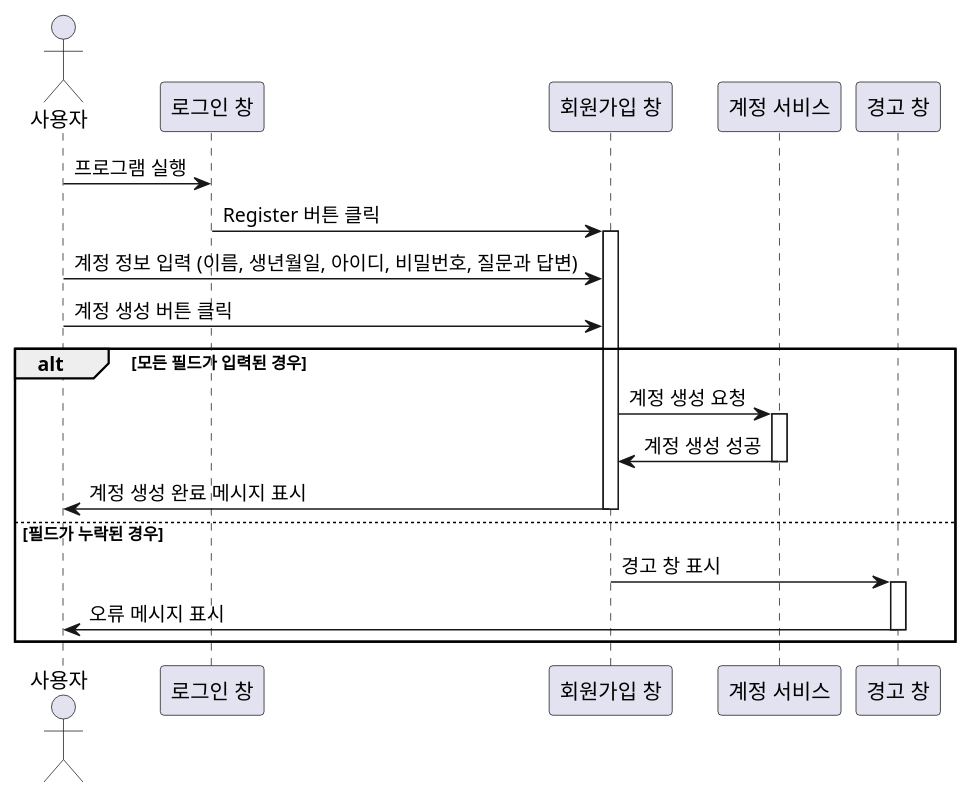
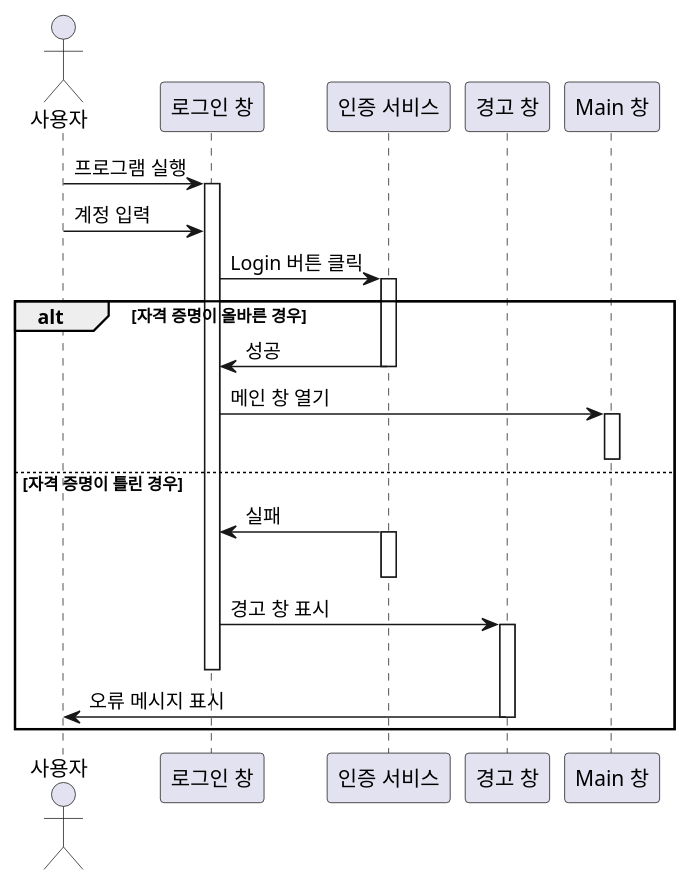
Before and after one commit to NoImpMe/OpenSW: the diagram in Diagram/Login.puml, drawn with PlantUML. The commit also changed 9 other files, not shown here.

```diff
--- a/Diagram/Login.puml
+++ b/Diagram/Login.puml
@@ -1,32 +1,35 @@
 @startuml
 
 actor 사용자
 
 participant "로그인 창" as Login
-participant "회원가입 창" as Register
-participant "계정 서비스" as AccountService
+participant "인증 서비스" as Auth
 participant "경고 창" as Warning
-
+participant "Main 창" as Main
 
 사용자 -> Login : 프로그램 실행
-Login -> Register : Register 버튼 클릭
-activate Register
+activate Login
 
-사용자 -> Register : 계정 정보 입력 (이름, 생년월일, 아이디, 비밀번호, 질문과 답변)
-사용자 -> Register : 계정 생성 버튼 클릭
+사용자 -> Login : 계정 입력
+Login -> Auth : Login 버튼 클릭
+activate Auth
 
-alt 모든 필드가 입력된 경우
-    Register -> AccountService : 계정 생성 요청
-    activate AccountService
-    AccountService -> Register : 계정 생성 성공
-    deactivate AccountService
-    Register -> 사용자 : 계정 생성 완료 메시지 표시
-    deactivate Register
-else 필드가 누락된 경우
-    Register -> Warning : 경고 창 표시
+alt 자격 증명이 올바른 경우
+    Auth -> Login : 성공
+    deactivate Auth
+    Login -> Main : 메인 창 열기
+    activate Main
+    deactivate Main
+else 자격 증명이 틀린 경우
+    Auth -> Login : 실패
+    activate Auth
+    deactivate Auth
+    Login -> Warning : 경고 창 표시
     activate Warning
+    deactivate Login
     Warning -> 사용자 : 오류 메시지 표시
     deactivate Warning
+    deactivate Login
 end
 
 @enduml
```
